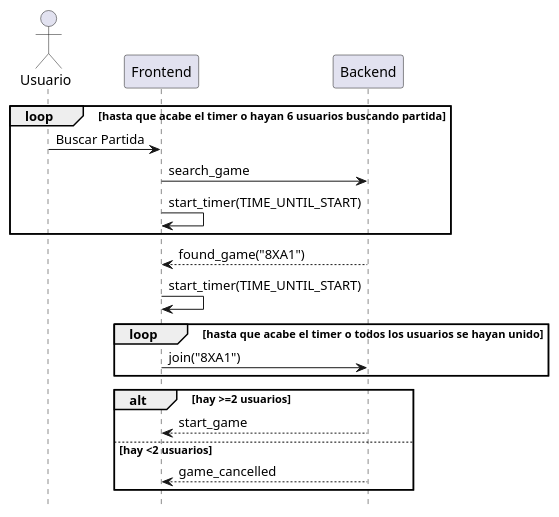
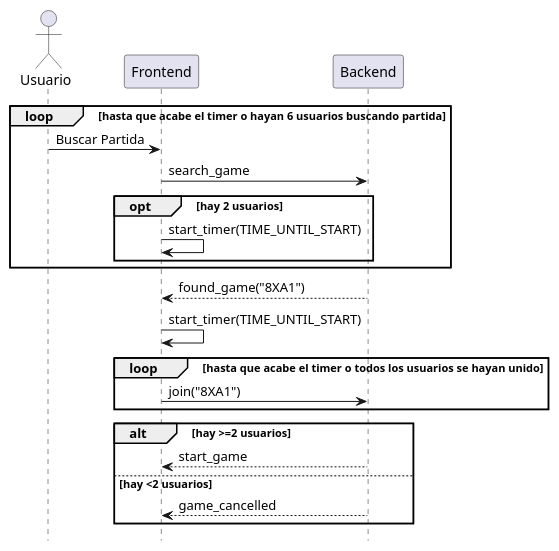
Before and after one commit to UNIZAR-30226-2021-07/backend: the second of 3 diagrams in docs/src/api-game.rst, drawn with PlantUML.

```diff
--- a/docs/src/api-game.rst
+++ b/docs/src/api-game.rst
@@ -75,31 +75,33 @@
 .. uml::
     :align: center
 
     @startuml
     hide footbox
 
     actor Usuario
     participant Frontend
     participant Backend
 
     loop hasta que acabe el timer o hayan 6 usuarios buscando partida
         Usuario -> Frontend: Buscar Partida
         Frontend -> Backend: search_game
 
-        Frontend -> Frontend: start_timer(TIME_UNTIL_START)
+        opt hay 2 usuarios
+            Frontend -> Frontend: start_timer(TIME_UNTIL_START)
+        end
     end
 
     Frontend <-- Backend: found_game("8XA1")
     Frontend -> Frontend: start_timer(TIME_UNTIL_START)
 
     loop hasta que acabe el timer o todos los usuarios se hayan unido
         Frontend -> Backend: join("8XA1")
     end
 
     alt hay >=2 usuarios
         Frontend <-- Backend: start_game
     else hay <2 usuarios
         Frontend <-- Backend: game_cancelled
     end
 
     @enduml
```
